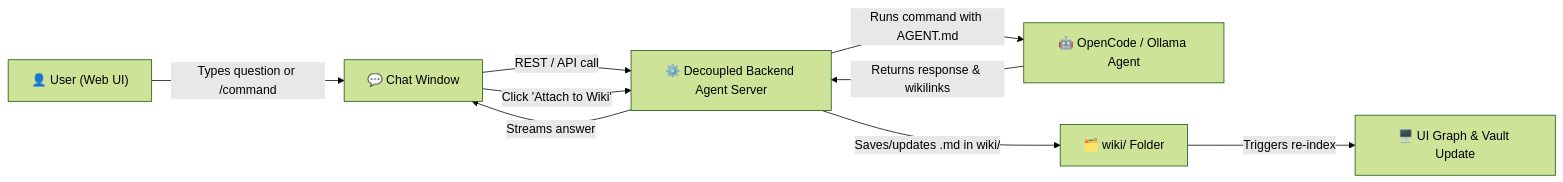
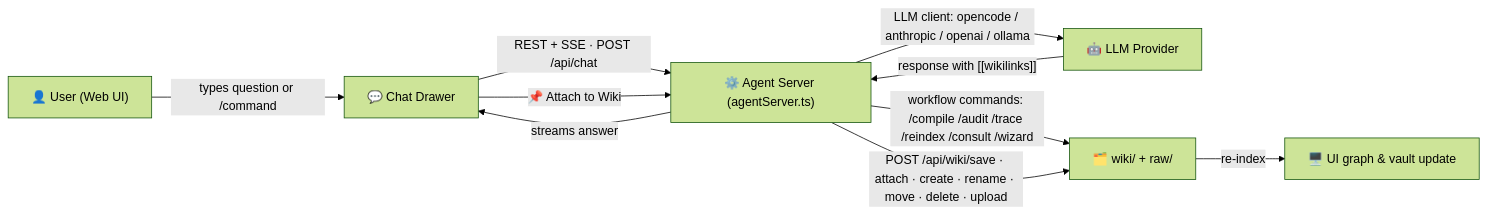
One commit to alby69/wiki-forge changed the third of 4 diagrams in wiki-forge-explained.md. Above: the diagram before and after it, drawn with Mermaid (forest theme). The commit also changed other lines of this file and 2 other files, not shown here.

Commit message:
docs(tutorial): align TUTORIAL, TECHNICAL_SOLUTIONS and wiki-forge-explained with Web UI, wizard and multi-provider LLM

````diff
--- a/wiki-forge-explained.md
+++ b/wiki-forge-explained.md
@@ -114,11 +159,12 @@
 ```mermaid
 flowchart LR
-    User["👤 User (Web UI)"] -->|Types question or /command| Chat["💬 Chat Window"]
-    Chat -->|REST / API call| Server["⚙️ Decoupled Backend Agent Server"]
-    Server -->|Runs command with AGENT.md| Agent["🤖 OpenCode / Ollama Agent"]
-    Agent -->|Returns response & wikilinks| Server
-    Server -->|Streams answer| Chat
-    Chat -->|Click 'Attach to Wiki'| Server
-    Server -->|Saves/updates .md in wiki/| Vault["🗂️ wiki/ Folder"]
-    Vault -->|Triggers re-index| UI["🖥️ UI Graph & Vault Update"]
+    User["👤 User (Web UI)"] -->|"types question or /command"| Chat["💬 Chat Drawer"]
+    Chat -->|"REST + SSE · POST /api/chat"| Server["⚙️ Agent Server (agentServer.ts)"]
+    Server -->|"LLM client: opencode / anthropic / openai / ollama"| LLM["🤖 LLM Provider"]
+    Server -->|"workflow commands: /compile /audit /trace /reindex /consult /wizard"| Vault["🗂️ wiki/ + raw/"]
+    LLM -->|"response with [[wikilinks]]"| Server
+    Server -->|"streams answer"| Chat
+    Chat -->|"📌 Attach to Wiki"| Server
+    Server -->|"POST /api/wiki/save · attach · create · rename · move · delete · upload"| Vault
+    Vault -->|"re-index"| UI["🖥️ UI graph & vault update"]
 ```
````
